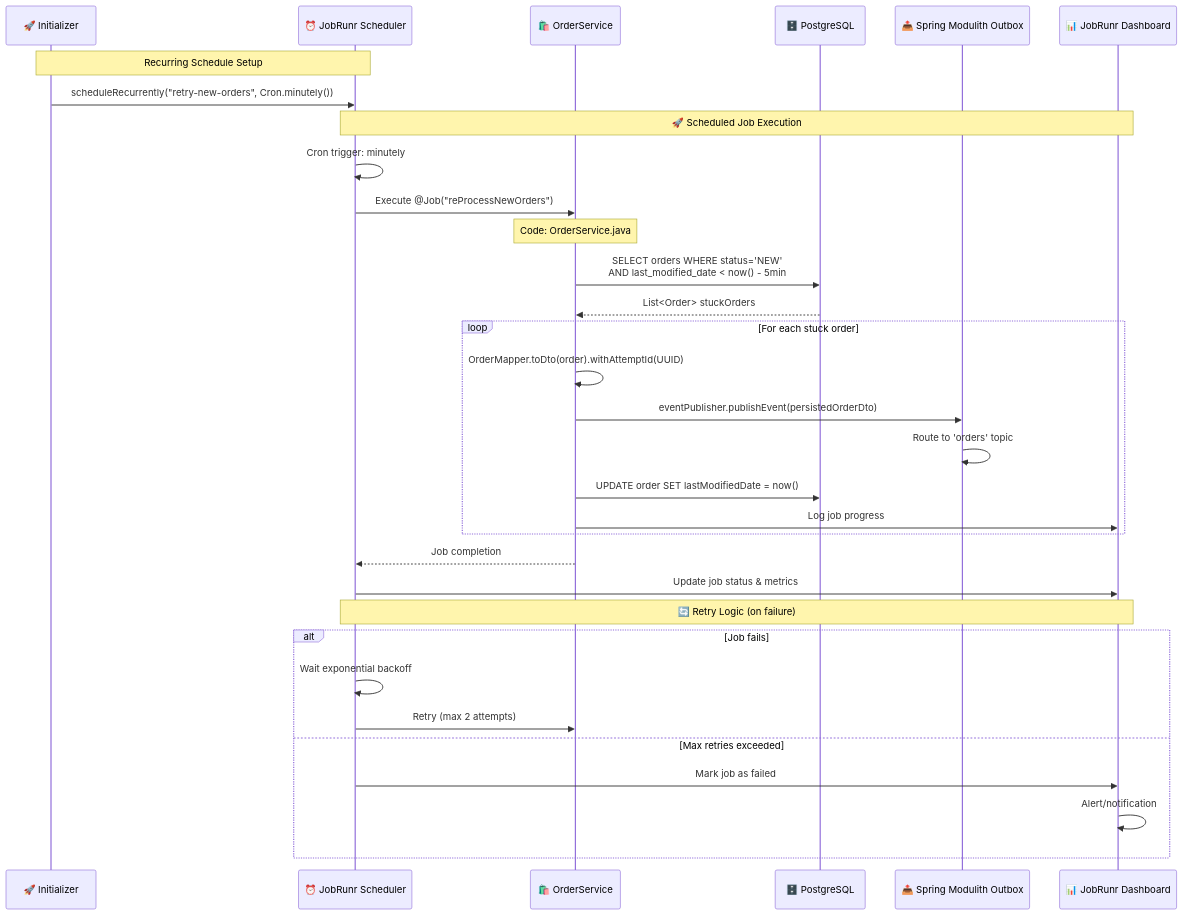
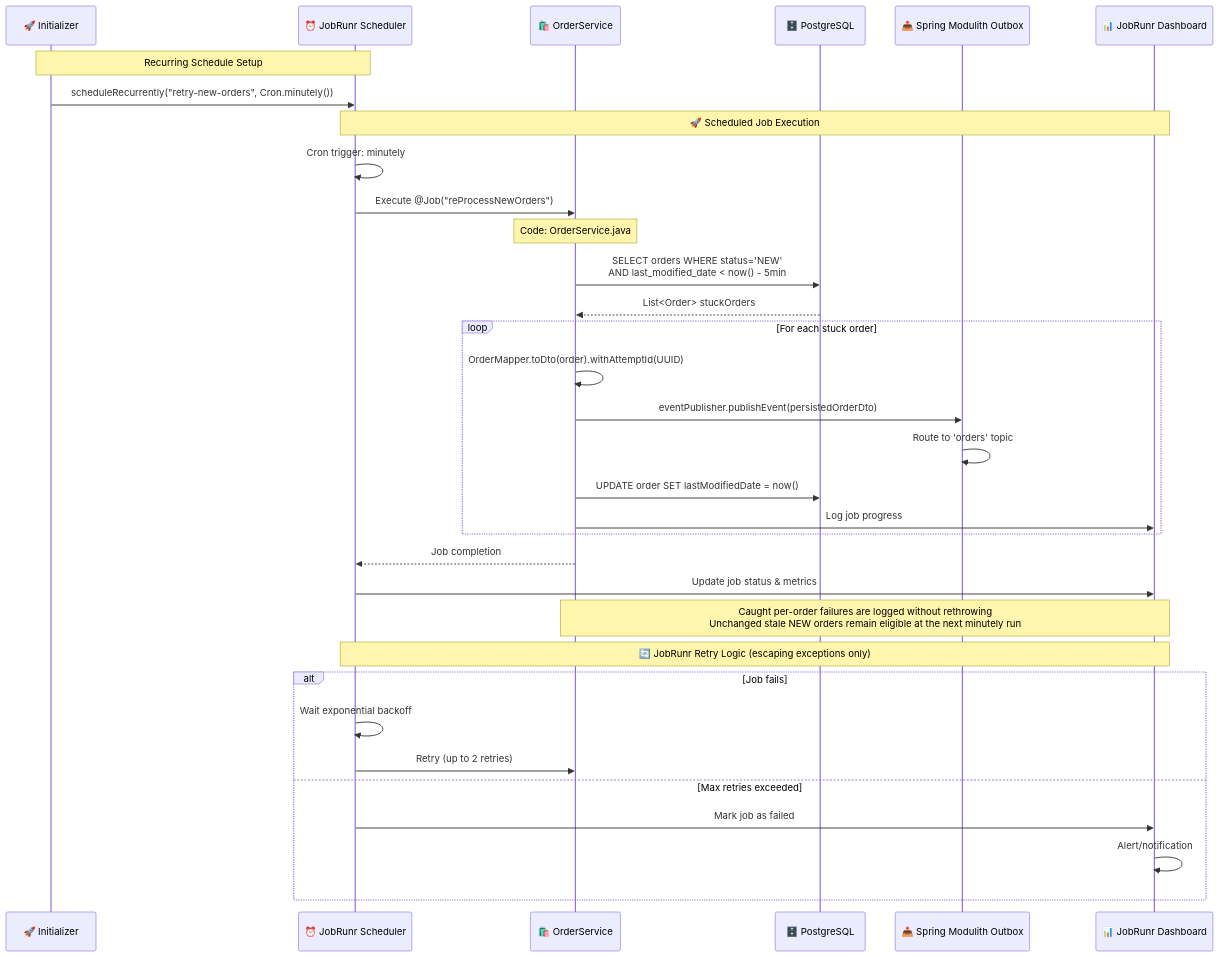
Before and after one commit to rajadilipkolli/spring-boot-microservices-series-v2: the second of 4 diagrams in order-service/docs/03-Background-Processing-JobRunr.md, drawn with Mermaid. The commit also changed other lines of this file and 12 other files, not shown here.

````diff
--- a/order-service/docs/03-Background-Processing-JobRunr.md
+++ b/order-service/docs/03-Background-Processing-JobRunr.md
@@ -37,40 +37,41 @@
 ```mermaid
 sequenceDiagram
     participant Initializer as 🚀 Initializer
     participant Scheduler as ⏰ JobRunr Scheduler
     participant OrderService as 🛍️ OrderService
     participant Database as 🗄️ PostgreSQL
     participant Modulith as 📤 Spring Modulith Outbox
     participant Dashboard as 📊 JobRunr Dashboard
     
     Note over Initializer, Scheduler: Recurring Schedule Setup
     Initializer->>Scheduler: scheduleRecurrently("retry-new-orders", Cron.minutely())
     
     Note over Scheduler, Dashboard: 🚀 Scheduled Job Execution
     Scheduler->>Scheduler: Cron trigger: minutely
     Scheduler->>OrderService: Execute @Job("reProcessNewOrders")
     
     Note over OrderService: Code: OrderService.java
     OrderService->>Database: SELECT orders WHERE status='NEW'<br/>AND last_modified_date < now() - 5min
     Database-->>OrderService: List<Order> stuckOrders
     
     loop For each stuck order
         OrderService->>OrderService: OrderMapper.toDto(order).withAttemptId(UUID)
         OrderService->>Modulith: eventPublisher.publishEvent(persistedOrderDto)
         Modulith->>Modulith: Route to 'orders' topic
         OrderService->>Database: UPDATE order SET lastModifiedDate = now()
         OrderService->>Dashboard: Log job progress
     end
     
     OrderService-->>Scheduler: Job completion
     Scheduler->>Dashboard: Update job status & metrics
     
-    Note over Scheduler, Dashboard: 🔄 Retry Logic (on failure)
+    Note over OrderService, Dashboard: Caught per-order failures are logged without rethrowing<br/>Unchanged stale NEW orders remain eligible at the next minutely run
+    Note over Scheduler, Dashboard: 🔄 JobRunr Retry Logic (escaping exceptions only)
     alt Job fails
         Scheduler->>Scheduler: Wait exponential backoff
-        Scheduler->>OrderService: Retry (max 2 attempts)
+        Scheduler->>OrderService: Retry (up to 2 retries)
     else Max retries exceeded
         Scheduler->>Dashboard: Mark job as failed
         Dashboard->>Dashboard: Alert/notification
     end
 ```
````
